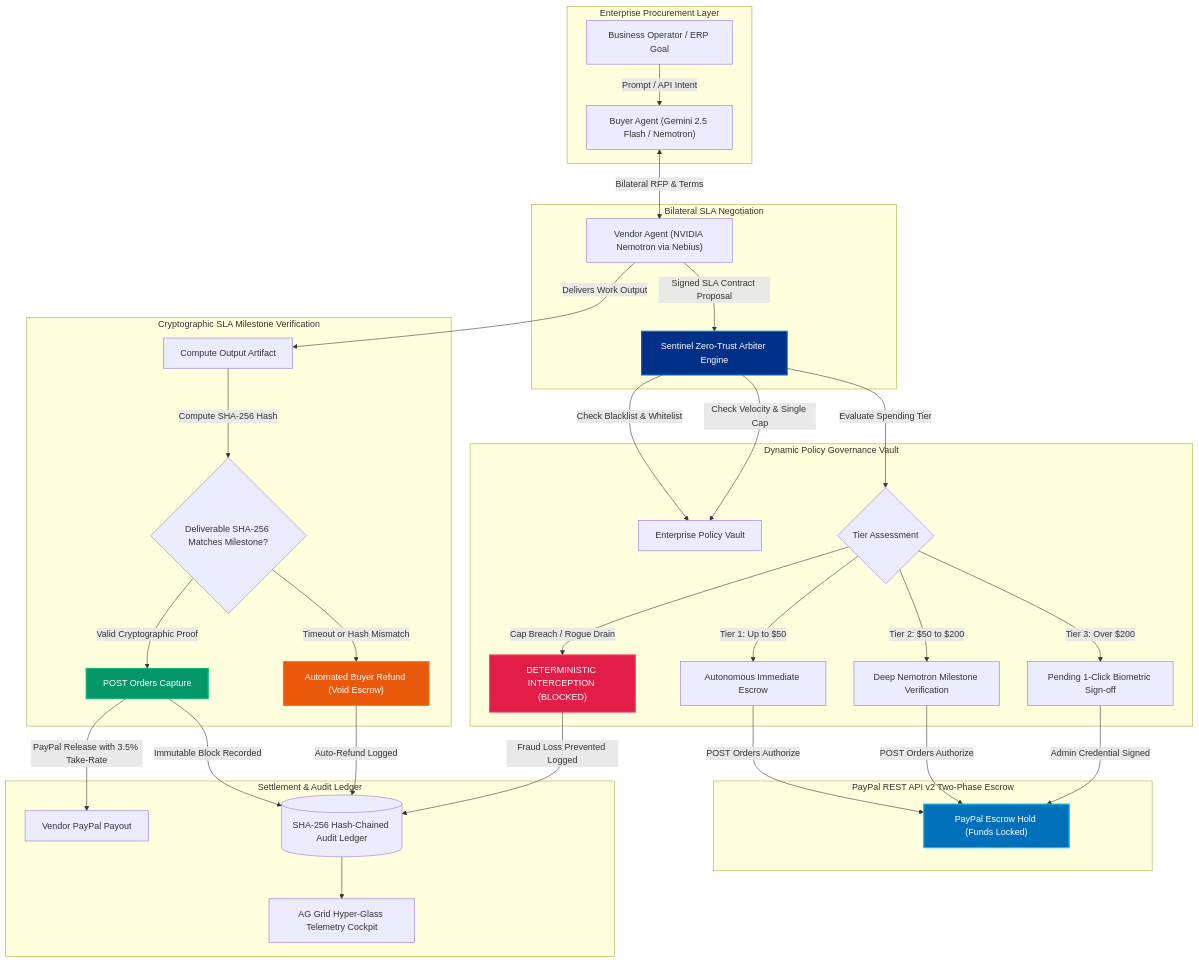
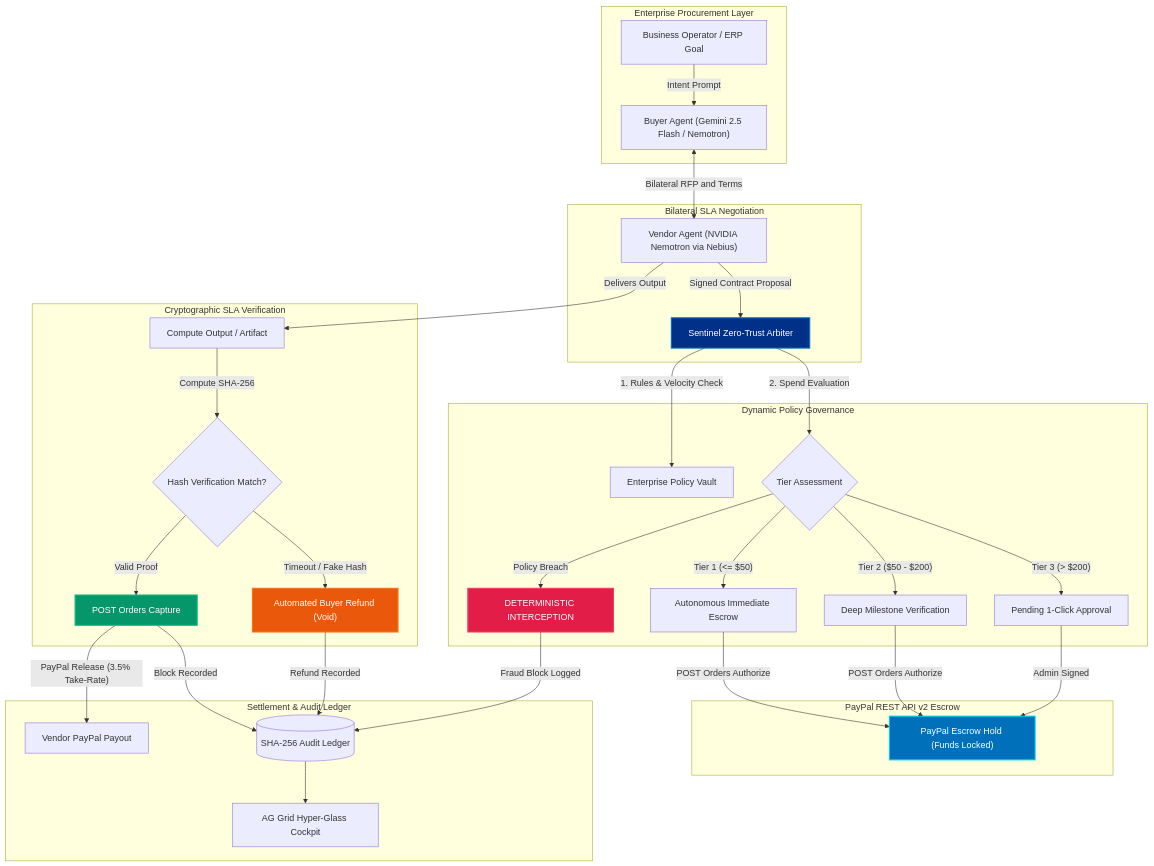
One commit to fokrulanthro16-eng/payagent-sentinel changed the diagram in README.md. Above: the diagram before and after it, drawn with Mermaid. The commit also changed other lines of this file, not shown here.

Commit message:
fix(docs): restore clean mermaid architecture and html screenshot grid

````diff
--- a/README.md
+++ b/README.md
@@ -37,48 +37,47 @@
 ```mermaid
 flowchart TD
     subgraph Enterprise ["Enterprise Procurement Layer"]
-        User["Business Operator / ERP Goal"] -->|"Prompt / API Intent"| Buyer["Buyer Agent (Gemini 2.5 Flash / Nemotron)"]
+        User["Business Operator / ERP Goal"] -->|"Intent Prompt"| Buyer["Buyer Agent (Gemini 2.5 Flash / Nemotron)"]
     end
 
     subgraph Bilateral ["Bilateral SLA Negotiation"]
-        Buyer <-->|"Bilateral RFP & Terms"| Vendor["Vendor Agent (NVIDIA Nemotron via Nebius)"]
-        Vendor -->|"Signed SLA Contract Proposal"| Arbiter["Sentinel Zero-Trust Arbiter Engine"]
+        Buyer <-->|"Bilateral RFP and Terms"| Vendor["Vendor Agent (NVIDIA Nemotron via Nebius)"]
+        Vendor -->|"Signed Contract Proposal"| Arbiter["Sentinel Zero-Trust Arbiter"]
     end
 
-    subgraph Governance ["Dynamic Policy Governance Vault"]
-        Arbiter -->|"Check Blacklist & Whitelist"| Vault["Enterprise Policy Vault"]
-        Arbiter -->|"Check Velocity & Single Cap"| Vault
-        Arbiter -->|"Evaluate Spending Tier"| Tier{"Tier Assessment"}
-        Tier -->|"Tier 1: Up to $50"| AutoApprove["Autonomous Immediate Escrow"]
-        Tier -->|"Tier 2: $50 to $200"| DeepAudit["Deep Nemotron Milestone Verification"]
-        Tier -->|"Tier 3: Over $200"| HumanAdmin["Pending 1-Click Biometric Sign-off"]
-        Tier -->|"Cap Breach / Rogue Drain"| Intercept["DETERMINISTIC INTERCEPTION (BLOCKED)"]
+    subgraph Governance ["Dynamic Policy Governance"]
+        Arbiter -->|"1. Rules & Velocity Check"| Vault["Enterprise Policy Vault"]
+        Arbiter -->|"2. Spend Evaluation"| Tier{"Tier Assessment"}
+        Tier -->|"Tier 1 (<= $50)"| AutoApprove["Autonomous Immediate Escrow"]
+        Tier -->|"Tier 2 ($50 - $200)"| DeepAudit["Deep Milestone Verification"]
+        Tier -->|"Tier 3 (> $200)"| HumanAdmin["Pending 1-Click Approval"]
+        Tier -->|"Policy Breach"| Intercept["DETERMINISTIC INTERCEPTION"]
     end
 
-    subgraph PayPalEscrow ["PayPal REST API v2 Two-Phase Escrow"]
+    subgraph PayPalEscrow ["PayPal REST API v2 Escrow"]
         AutoApprove -->|"POST Orders Authorize"| PPHold["PayPal Escrow Hold (Funds Locked)"]
         DeepAudit -->|"POST Orders Authorize"| PPHold
-        HumanAdmin -->|"Admin Credential Signed"| PPHold
+        HumanAdmin -->|"Admin Signed"| PPHold
     end
 
-    subgraph DeliverySLA ["Cryptographic SLA Milestone Verification"]
-        Vendor -->|"Delivers Work Output"| Deliverable["Compute Output Artifact"]
-        Deliverable -->|"Compute SHA-256 Hash"| HashCheck{"Deliverable SHA-256 Matches Milestone?"}
-        HashCheck -->|"Valid Cryptographic Proof"| Capture["POST Orders Capture"]
-        HashCheck -->|"Timeout or Hash Mismatch"| Refund["Automated Buyer Refund (Void Escrow)"]
+    subgraph Verification ["Cryptographic SLA Verification"]
+        Vendor -->|"Delivers Output"| Deliverable["Compute Output / Artifact"]
+        Deliverable -->|"Compute SHA-256"| HashCheck{"Hash Verification Match?"}
+        HashCheck -->|"Valid Proof"| Capture["POST Orders Capture"]
+        HashCheck -->|"Timeout / Fake Hash"| Refund["Automated Buyer Refund (Void)"]
     end
 
-    subgraph PayoutAudit ["Settlement & Audit Ledger"]
-        Capture -->|"PayPal Release with 3.5% Take-Rate"| VendorWallet["Vendor PayPal Payout"]
-        Capture -->|"Immutable Block Recorded"| Ledger[("SHA-256 Hash-Chained Audit Ledger")]
-        Refund -->|"Auto-Refund Logged"| Ledger
-        Intercept -->|"Fraud Loss Prevented Logged"| Ledger
-        Ledger --> AGGrid["AG Grid Hyper-Glass Telemetry Cockpit"]
+    subgraph Settlement ["Settlement & Audit Ledger"]
+        Capture -->|"PayPal Release (3.5% Take-Rate)"| VendorWallet["Vendor PayPal Payout"]
+        Capture -->|"Block Recorded"| Ledger[("SHA-256 Audit Ledger")]
+        Refund -->|"Refund Recorded"| Ledger
+        Intercept -->|"Fraud Block Logged"| Ledger
+        Ledger --> AGGrid["AG Grid Hyper-Glass Cockpit"]
     end
 
     style Arbiter fill:#003087,stroke:#0070ba,stroke-width:2px,color:#ffffff
     style PPHold fill:#0070ba,stroke:#00cfe8,stroke-width:2px,color:#ffffff
     style Intercept fill:#e11d48,stroke:#f43f5e,stroke-width:2px,color:#ffffff
     style Capture fill:#059669,stroke:#10b981,stroke-width:2px,color:#ffffff
     style Refund fill:#ea580c,stroke:#f97316,stroke-width:2px,color:#ffffff
 ```
````
